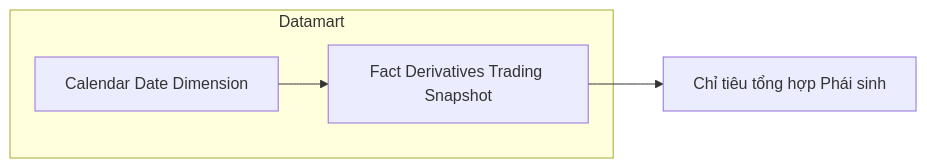
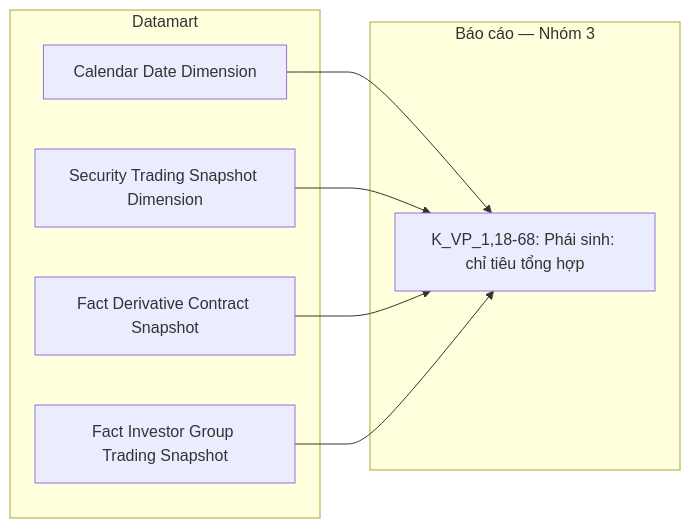
Before and after one commit to linhlvit/ubck_atomic_design: diagram 13 of 40 in Datamart/hld/DTM_VP_HLD.md, drawn with Mermaid. The commit also changed other lines of this file and 25 other files, not shown here.

````diff
--- a/Datamart/hld/DTM_VP_HLD.md
+++ b/Datamart/hld/DTM_VP_HLD.md
@@ -427,9 +705,16 @@
 ```mermaid
 flowchart LR
     subgraph GOLD["Datamart"]
-        fct_derv_tdg_snpst["Fact Derivatives Trading Snapshot"]
-        cdr_dt_dim["Calendar Date Dimension"]
+        Calendar_Date_Dimension["Calendar Date Dimension"]
+        Security_Trading_Snapshot_Dimension["Security Trading Snapshot Dimension"]
+        Fact_Derivative_Contract_Snapshot["Fact Derivative Contract Snapshot"]
+        Fact_Investor_Group_Trading_Snapshot["Fact Investor Group Trading Snapshot"]
     end
-    cdr_dt_dim --> fct_derv_tdg_snpst
-    fct_derv_tdg_snpst --> RPT3["Chỉ tiêu tổng hợp Phái sinh"]
+    subgraph RPT["Báo cáo — Nhóm 3"]
+        R1["K_VP_1,18-68: Phái sinh: chỉ tiêu tổng hợp"]
+    end
+    Calendar_Date_Dimension --> R1
+    Security_Trading_Snapshot_Dimension --> R1
+    Fact_Derivative_Contract_Snapshot --> R1
+    Fact_Investor_Group_Trading_Snapshot --> R1
 ```
````
